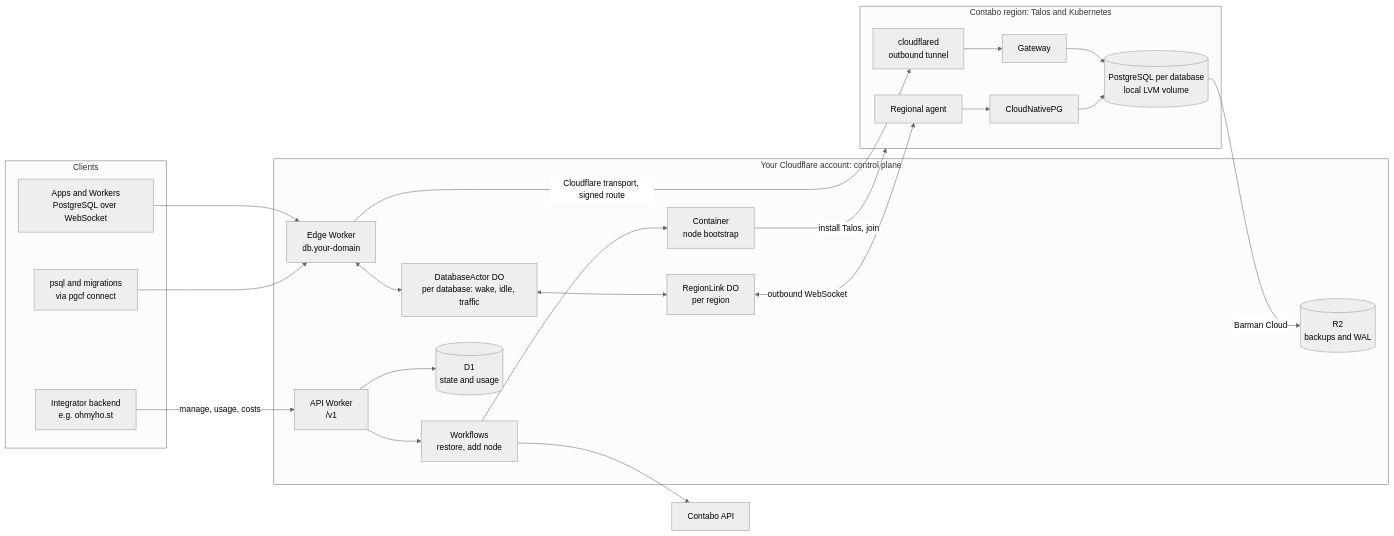
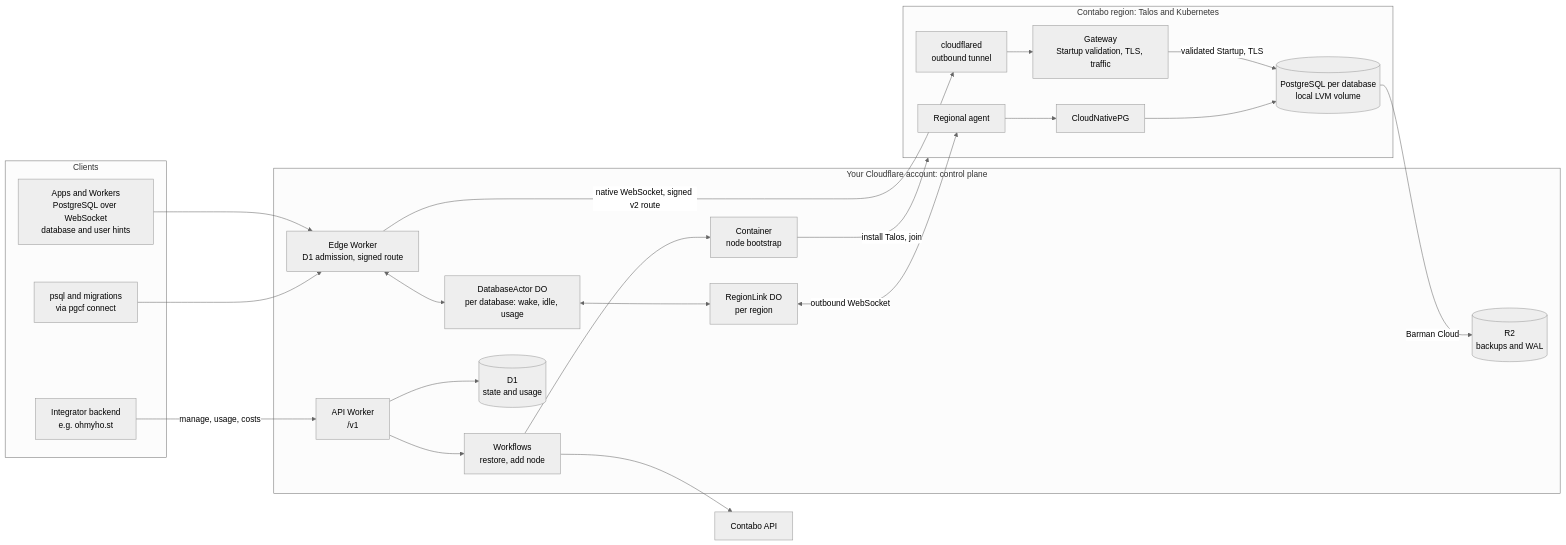
One commit to amerged-org/cloudflare-postgres changed the first of 2 diagrams in README.md. Above: the diagram before and after it, drawn with Mermaid (neutral theme). The commit also changed other lines of this file and 1 other file, not shown here.

Commit message:
Document the approved native connection path and local status

````diff
--- a/README.md
+++ b/README.md
@@ -27,47 +30,47 @@
 ```mermaid
 flowchart LR
   subgraph Clients
-    App["Apps and Workers<br/>PostgreSQL over WebSocket"]
+    App["Apps and Workers<br/>PostgreSQL over WebSocket<br/>database and user hints"]
     Tools["psql and migrations<br/>via pgcf connect"]
     Integrator["Integrator backend<br/>e.g. ohmyho.st"]
   end
 
   subgraph CF["Your Cloudflare account: control plane"]
-    Edge["Edge Worker<br/>db.your-domain"]
+    Edge["Edge Worker<br/>D1 admission, signed route"]
     API["API Worker<br/>/v1"]
-    DBA["DatabaseActor DO<br/>per database: wake, idle, traffic"]
+    DBA["DatabaseActor DO<br/>per database: wake, idle, usage"]
     RL["RegionLink DO<br/>per region"]
     WF["Workflows<br/>restore, add node"]
     D1[("D1<br/>state and usage")]
     R2[("R2<br/>backups and WAL")]
     Boot["Container<br/>node bootstrap"]
   end
 
   subgraph Region["Contabo region: Talos and Kubernetes"]
     CFD["cloudflared<br/>outbound tunnel"]
-    GW["Gateway"]
+    GW["Gateway<br/>Startup validation, TLS, traffic"]
     Agent["Regional agent"]
     CNPG["CloudNativePG"]
     PG[("PostgreSQL per database<br/>local LVM volume")]
   end
 
   Contabo["Contabo API"]
 
   App --> Edge
   Tools --> Edge
   Integrator -->|"manage, usage, costs"| API
   Edge <--> DBA
-  Edge -->|"Cloudflare transport, signed route"| CFD
+  Edge -->|"native WebSocket, signed v2 route"| CFD
   CFD --> GW
-  GW --> PG
+  GW -->|"validated Startup, TLS"| PG
   API --> D1
   API --> WF
   DBA <--> RL
   RL <-->|"outbound WebSocket"| Agent
   Agent --> CNPG
   CNPG --> PG
   PG -->|"Barman Cloud"| R2
   WF --> Contabo
   WF --> Boot
   Boot -->|"install Talos, join"| Region
 ```
````
